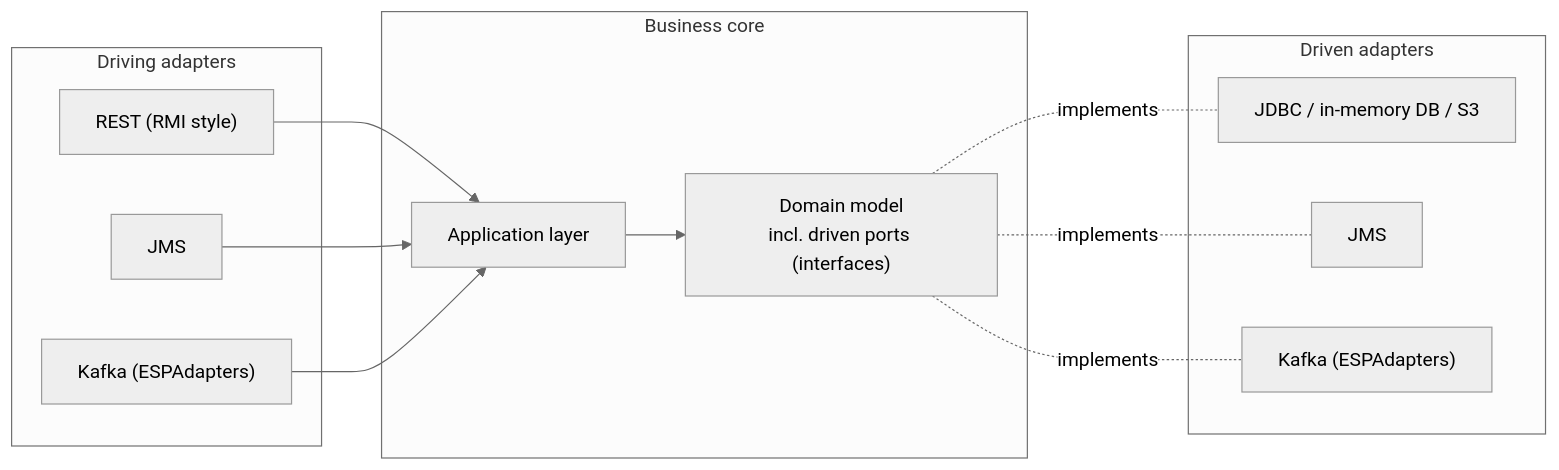
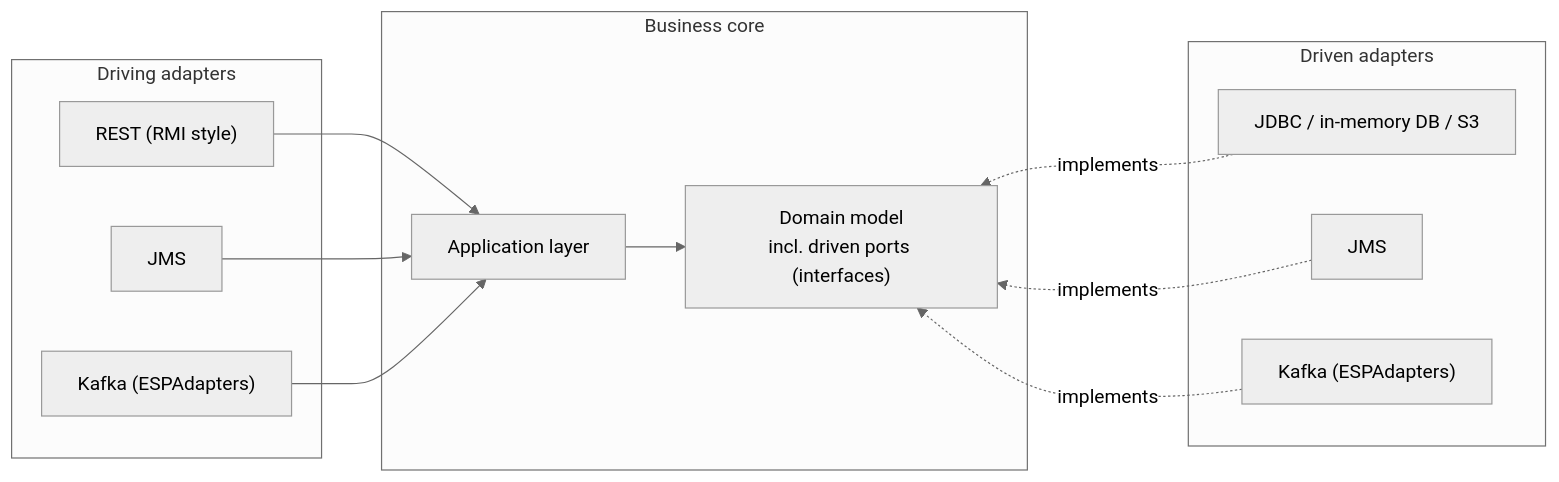
The diagram in README.md (jexxa-projects/Jexxa), drawn with Mermaid (neutral theme) before and after one commit.

Commit message:
Chore(docu) prepared for the next release

````diff
--- a/README.md
+++ b/README.md
@@ -114,24 +114,36 @@
 ```mermaid
 flowchart LR
     subgraph Driving["Driving adapters"]
         REST["REST (RMI style)"]
         JMS_IN["JMS"]
         KAFKA_IN["Kafka (ESPAdapters)"]
     end
+
     subgraph Core["Business core"]
         APP["Application layer"]
         DOMAIN["Domain model<br/>incl. driven ports (interfaces)"]
         APP --> DOMAIN
     end
+
     subgraph Driven["Driven adapters"]
         JDBC["JDBC / in-memory DB / S3"]
         JMS["JMS "]
         KAFKA["Kafka (ESPAdapters)"]
     end
+
     REST --> APP
     JMS_IN --> APP
     KAFKA_IN --> APP
-    DOMAIN <-.- |implements| JDBC
-    DOMAIN <-.- |implements| JMS
-    DOMAIN <-.- |implements| KAFKA
+
+%% Unsichtbare Linien halten die "Driven"-Boxen rechts fest:
+    DOMAIN ~~~ JDBC
+    DOMAIN ~~~ JMS
+    DOMAIN ~~~ KAFKA
+
+%% Die Pfeile werden von rechts nach links geschrieben, zeigen also nach links zum Core:
+    JDBC -.-> |implements| DOMAIN
+    JMS -.-> |implements| DOMAIN
+    KAFKA -.-> |implements| DOMAIN
+
+
 ```
````
